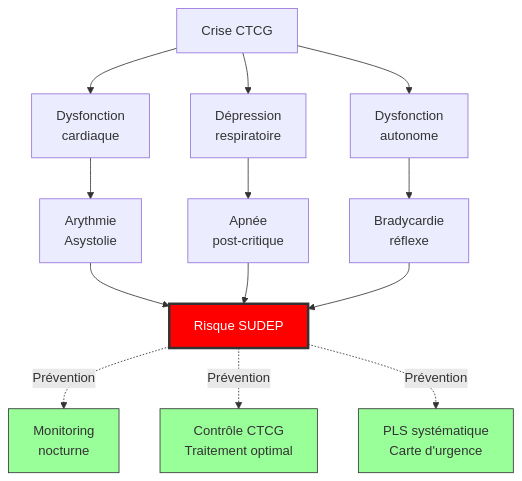
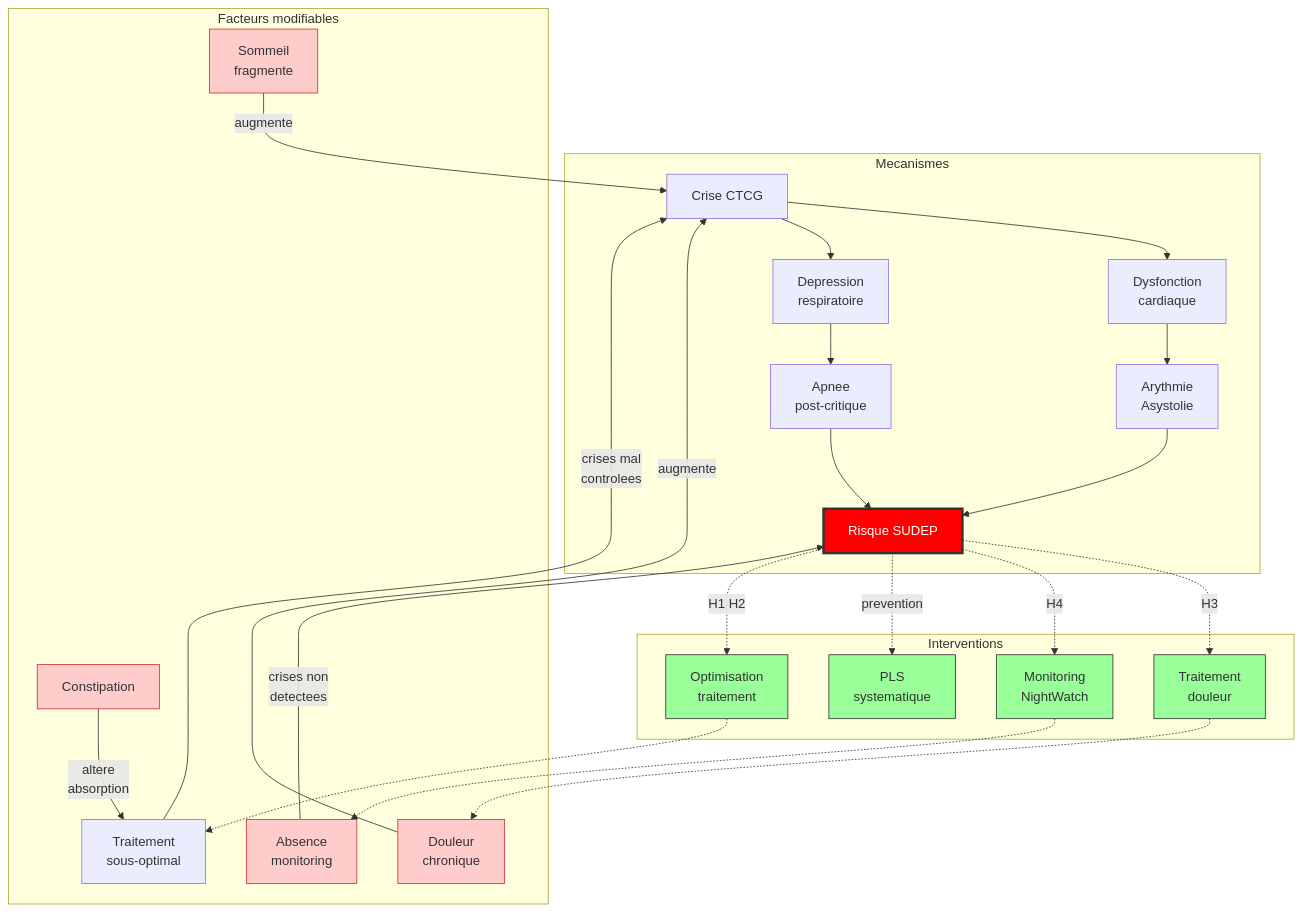
One commit to popul/book-dravet changed the first of 2 diagrams in livre/chapitres/chapitre_09.md. Above: the diagram before and after it, drawn with Mermaid. The commit also changed other lines of this file and 4 other files, not shown here.

````diff
--- a/livre/chapitres/chapitre_09.md
+++ b/livre/chapitres/chapitre_09.md
@@ -69,19 +69,38 @@
 ```mermaid
 graph TD
-    A["Crise CTCG"] --> B["Dysfonction<br/>cardiaque"]
-    A --> C["Dépression<br/>respiratoire"]
-    A --> D["Dysfonction<br/>autonome"]
-    B --> E["Arythmie<br/>Asystolie"]
-    C --> F["Apnée<br/>post-critique"]
-    D --> G["Bradycardie<br/>réflexe"]
-    E & F & G --> H["Risque SUDEP"]
+    subgraph Mecanismes
+        A["Crise CTCG"] --> B["Dysfonction<br/>cardiaque"]
+        A --> C["Depression<br/>respiratoire"]
+        B --> E["Arythmie<br/>Asystolie"]
+        C --> F["Apnee<br/>post-critique"]
+        E & F --> H["Risque SUDEP"]
+    end
 
-    H -.->|Prévention| I["Monitoring<br/>nocturne"]
-    H -.->|Prévention| J["Contrôle CTCG<br/>Traitement optimal"]
-    H -.->|Prévention| K["PLS systématique<br/>Carte d'urgence"]
+    subgraph Facteurs modifiables
+        P["Douleur<br/>chronique"] -->|augmente| A
+        Q["Sommeil<br/>fragmente"] -->|augmente| A
+        R["Constipation"] -->|altere<br/>absorption| S["Traitement<br/>sous-optimal"]
+        S -->|crises mal<br/>controlees| A
+        T["Absence<br/>monitoring"] -->|crises non<br/>detectees| H
+    end
+
+    subgraph Interventions
+        H -.->|H3| I["Traitement<br/>douleur"]
+        H -.->|H4| J["Monitoring<br/>NightWatch"]
+        H -.->|prevention| K["PLS<br/>systematique"]
+        H -.->|H1 H2| L["Optimisation<br/>traitement"]
+        I -.-> P
+        J -.-> T
+        L -.-> S
+    end
 
     style H fill:#f00,stroke:#333,stroke-width:3px,color:#fff
     style I fill:#9f9,stroke:#333
     style J fill:#9f9,stroke:#333
     style K fill:#9f9,stroke:#333
+    style L fill:#9f9,stroke:#333
+    style P fill:#fcc,stroke:#c33
+    style Q fill:#fcc,stroke:#c33
+    style R fill:#fcc,stroke:#c33
+    style T fill:#fcc,stroke:#c33
 ```
````
